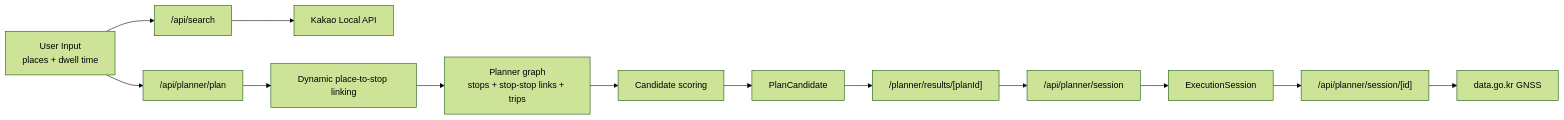
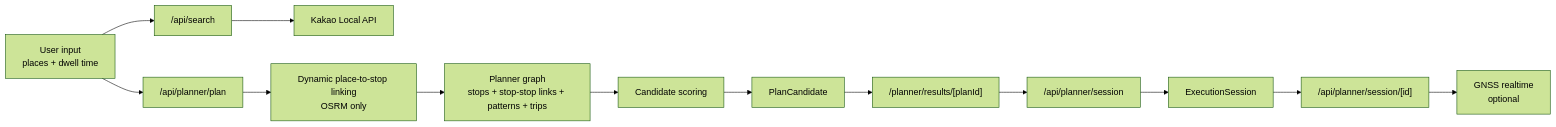
Before and after one commit to amaham1/guide_tour_plan: the diagram in README.md, drawn with Mermaid (forest theme). The commit also changed other lines of this file, not shown here.

Commit message:
Refresh README for current planner pipeline

````diff
--- a/README.md
+++ b/README.md
@@ -80,15 +69,15 @@
 ```mermaid
 flowchart LR
-  A["User Input<br/>places + dwell time"] --> B["/api/search"]
+  A["User input<br/>places + dwell time"] --> B["/api/search"]
   B --> C["Kakao Local API"]
-  A --> E["/api/planner/plan"]
-  E --> F["Dynamic place-to-stop linking"]
-  F --> G["Planner graph<br/>stops + stop-stop links + trips"]
-  G --> H["Candidate scoring"]
-  H --> I["PlanCandidate"]
-  I --> J["/planner/results/[planId]"]
-  J --> K["/api/planner/session"]
-  K --> L["ExecutionSession"]
-  L --> M["/api/planner/session/[id]"]
-  M --> N["data.go.kr GNSS"]
+  A --> D["/api/planner/plan"]
+  D --> E["Dynamic place-to-stop linking<br/>OSRM only"]
+  E --> F["Planner graph<br/>stops + stop-stop links + patterns + trips"]
+  F --> G["Candidate scoring"]
+  G --> H["PlanCandidate"]
+  H --> I["/planner/results/[planId]"]
+  I --> J["/api/planner/session"]
+  J --> K["ExecutionSession"]
+  K --> L["/api/planner/session/[id]"]
+  L --> M["GNSS realtime<br/>optional"]
 ```
````
